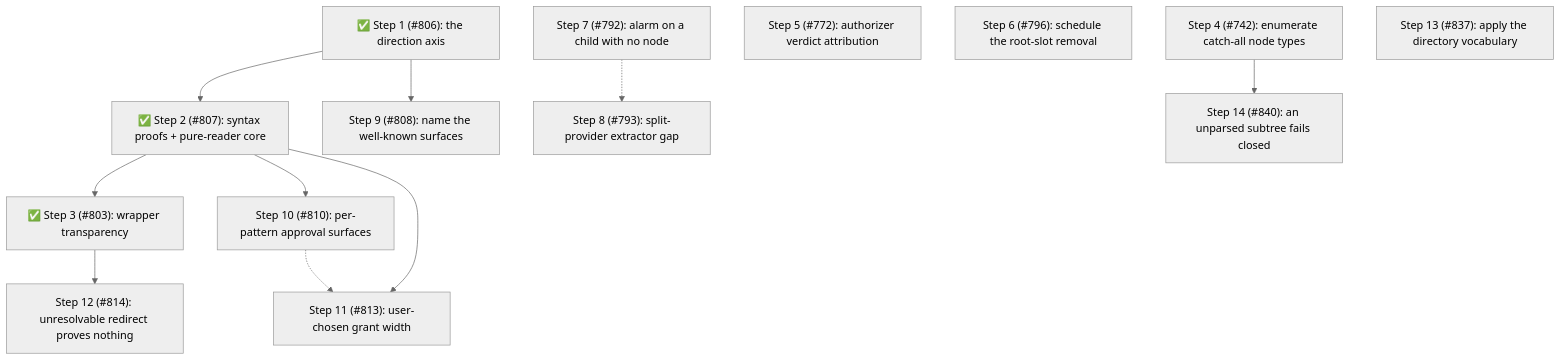
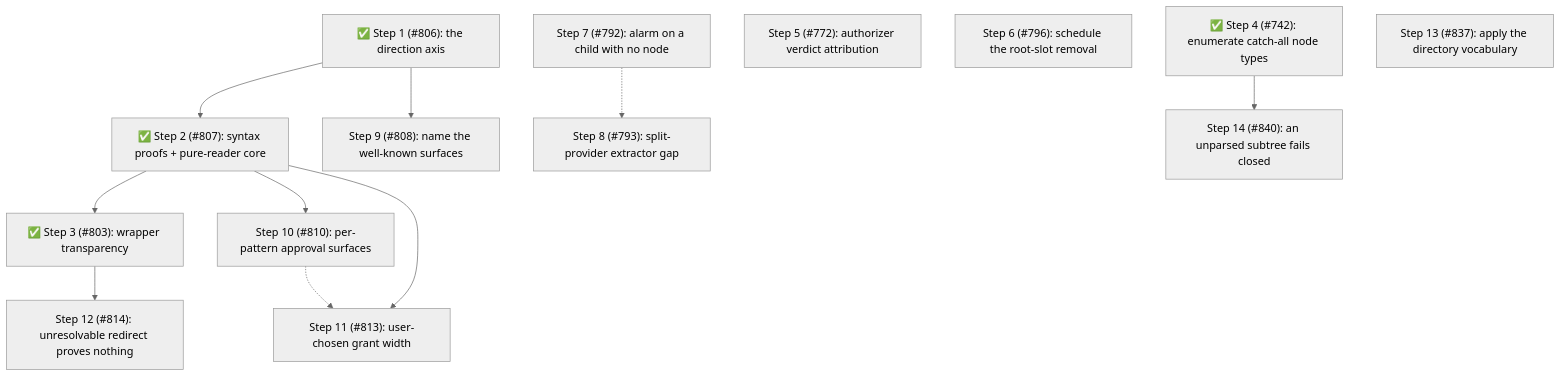
Before and after one commit to gotgenes/pi-packages: the fourth of 4 diagrams in packages/pi-permission-system/docs/architecture/architecture.md, drawn with Mermaid (neutral theme). The commit also changed other lines of this file and 3 other files, not shown here.

````diff
--- a/packages/pi-permission-system/docs/architecture/architecture.md
+++ b/packages/pi-permission-system/docs/architecture/architecture.md
@@ -1331,21 +1345,21 @@
 ```mermaid
 flowchart TD
     S1["✅ Step 1 (#806): the direction axis"] --> S2["✅ Step 2 (#807): syntax proofs + pure-reader core"]
     S2 --> S3["✅ Step 3 (#803): wrapper transparency"]
-    S4["Step 4 (#742): enumerate catch-all node types"]
+    S4["✅ Step 4 (#742): enumerate catch-all node types"]
     S5["Step 5 (#772): authorizer verdict attribution"]
     S6["Step 6 (#796): schedule the root-slot removal"]
     S7["Step 7 (#792): alarm on a child with no node"]
     S8["Step 8 (#793): split-provider extractor gap"]
     S9["Step 9 (#808): name the well-known surfaces"]
     S10["Step 10 (#810): per-pattern approval surfaces"]
     S11["Step 11 (#813): user-chosen grant width"]
     S3 --> S12["Step 12 (#814): unresolvable redirect proves nothing"]
     S13["Step 13 (#837): apply the directory vocabulary"]
     S4 --> S14["Step 14 (#840): an unparsed subtree fails closed"]
     S7 -.-> S8
     S1 --> S9
     S2 --> S10
     S2 --> S11
     S10 -.-> S11
 ```
````
